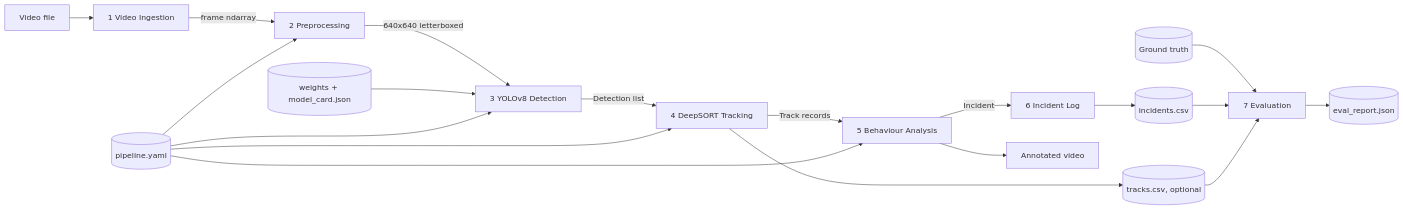
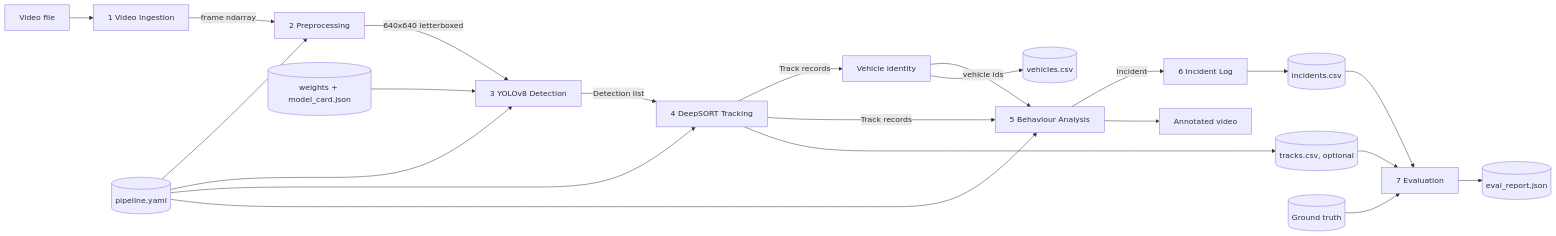
One commit to dilconkihoro/traffic-incident-detection-public changed the first of 4 diagrams in docs/02_ARCHITECTURE_AND_RULES.md. Above: the diagram before and after it, drawn with Mermaid. The commit also changed other lines of this file and 53 other files, not shown here.

````diff
--- a/docs/02_ARCHITECTURE_AND_RULES.md
+++ b/docs/02_ARCHITECTURE_AND_RULES.md
@@ -7,21 +7,24 @@
 ```mermaid
 flowchart LR
     V[Video file] --> I[1 Video Ingestion]
     I -->|frame ndarray| P[2 Preprocessing]
     P -->|640x640 letterboxed| D[3 YOLOv8 Detection]
     D -->|Detection list| T[4 DeepSORT Tracking]
-    T -->|Track records| B[5 Behaviour Analysis]
+    T -->|Track records| ID[Vehicle identity]
+    ID -->|vehicle ids| B[5 Behaviour Analysis]
+    ID --> O3[(vehicles.csv)]
+    T -->|Track records| B
     B -->|Incident| L[6 Incident Log]
     L --> O1[(incidents.csv)]
     T --> O2[(tracks.csv, optional)]
     B --> A[Annotated video]
     GT[(Ground truth)] --> E[7 Evaluation]
     O1 --> E
     O2 --> E
     E --> R[(eval_report.json)]
     W[(weights + model_card.json)] --> D
     C[(pipeline.yaml)] --> P
     C --> D
     C --> T
     C --> B
 ```
````
